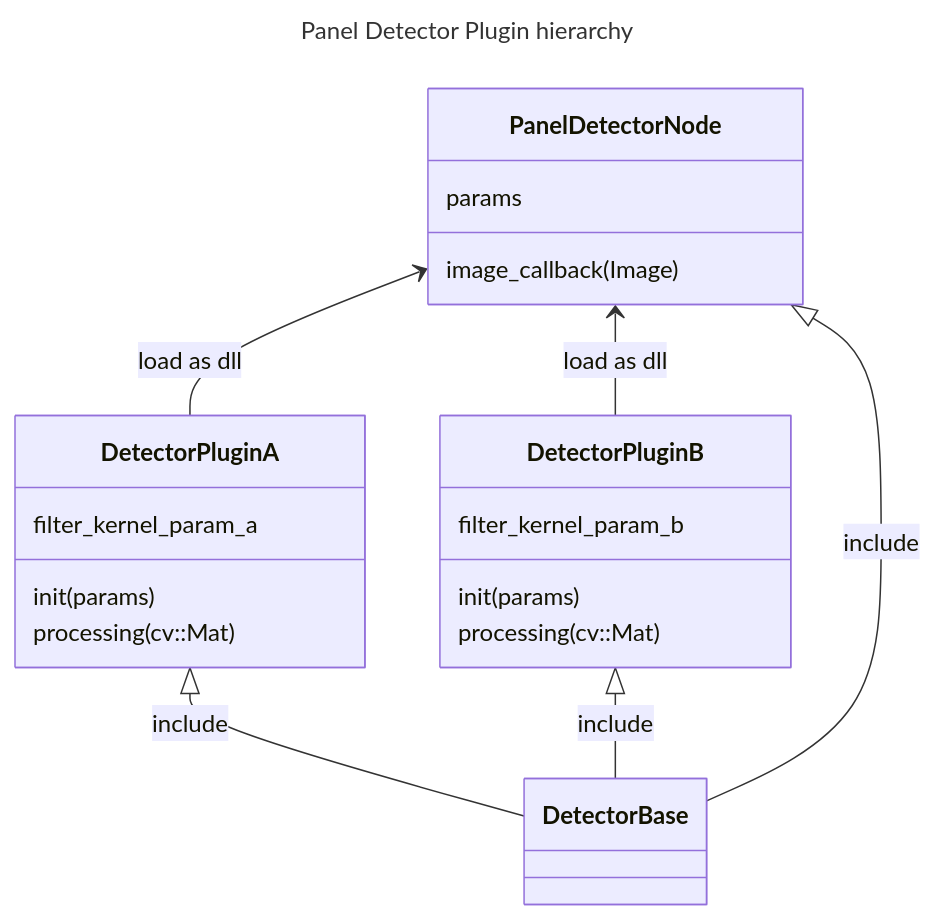
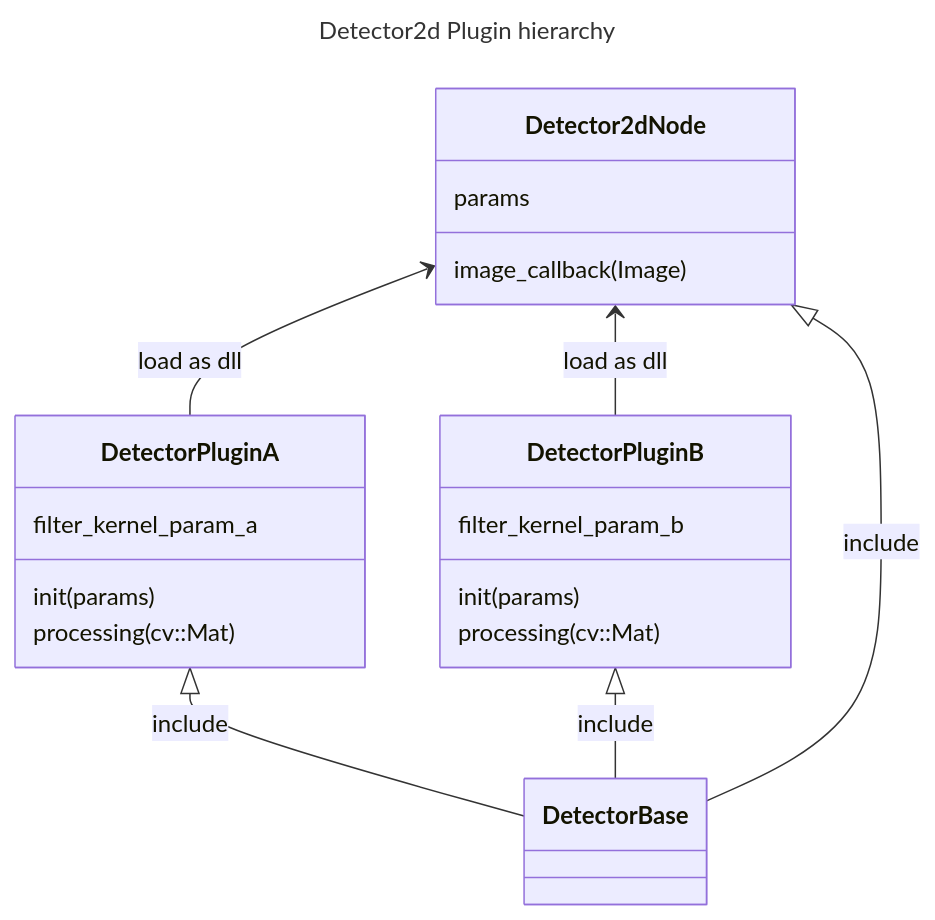
One commit to StrayedCats/PanelDetector changed the diagram in README.md. Above: the diagram before and after it, drawn with Mermaid. The commit also changed other lines of this file and 40 other files, not shown here.

````diff
--- a/README.md
+++ b/README.md
@@ -20,23 +20,23 @@
 ```mermaid
 ---
-title: Panel Detector Plugin hierarchy
+title: Detector2d Plugin hierarchy
 ---
 classDiagram
-    PanelDetectorNode <-- DetectorPluginA : load as dll
-    PanelDetectorNode <-- DetectorPluginB : load as dll
+    Detector2dNode <-- DetectorPluginA : load as dll
+    Detector2dNode <-- DetectorPluginB : load as dll
     DetectorPluginA <|-- DetectorBase : include
     DetectorPluginB <|-- DetectorBase : include
-    PanelDetectorNode <|-- DetectorBase : include
-    PanelDetectorNode: params
-    PanelDetectorNode: image_callback(Image)
+    Detector2dNode <|-- DetectorBase : include
+    Detector2dNode: params
+    Detector2dNode: image_callback(Image)
     class DetectorPluginA{
         filter_kernel_param_a
         init(params)
         processing(cv::Mat)
     }
     class DetectorPluginB{
         filter_kernel_param_b
         init(params)
         processing(cv::Mat)
     }
 ```
````
